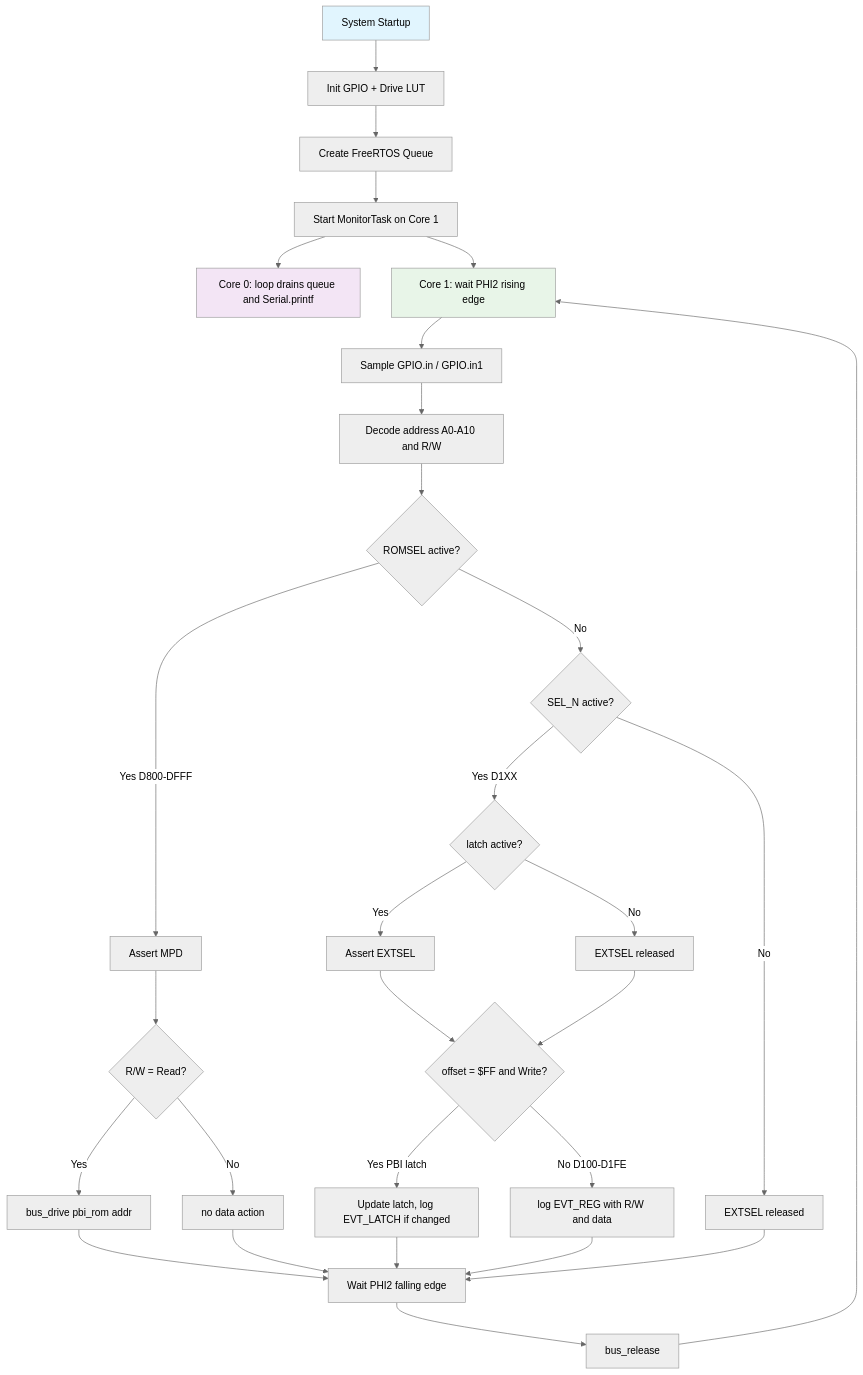
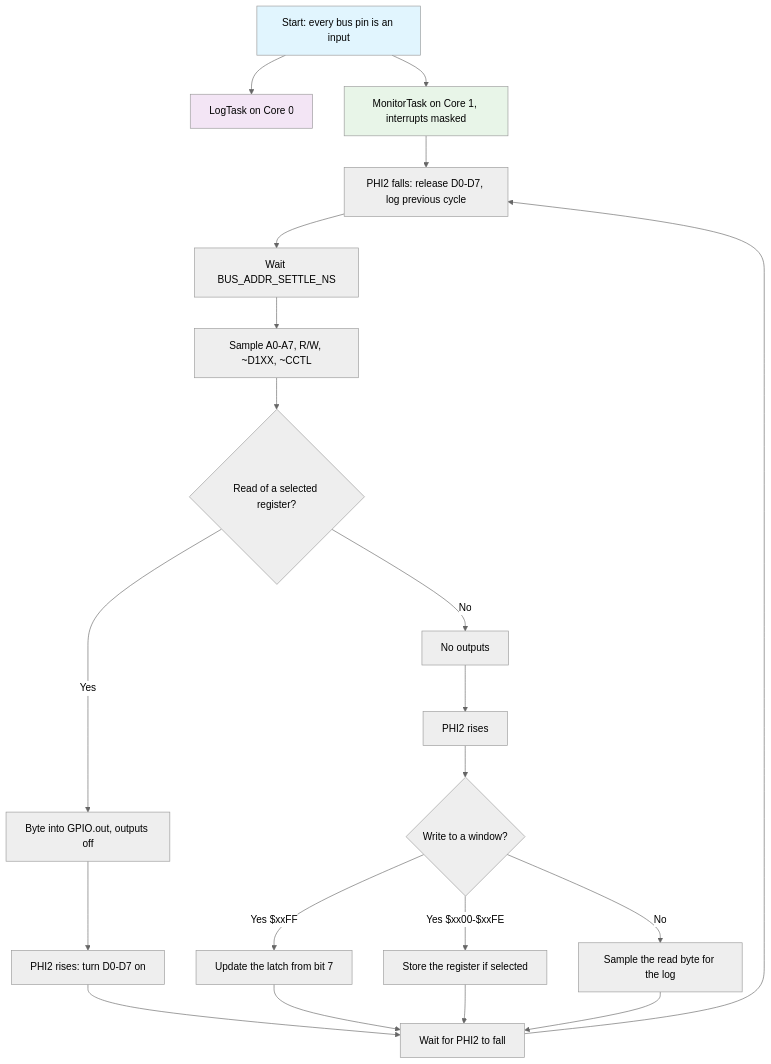
One commit to gianlucarenzi/ESP32-BOBOARD-5V changed the second of 4 diagrams in README_EN.md. Above: the diagram before and after it, drawn with Mermaid (neutral theme). The commit also changed other lines of this file and 2 other files, not shown here.

First line of the commit message:
docs: board README and PIN-MAPPING for the ROM-less 6502_monitor firmware

````diff
--- a/README_EN.md
+++ b/README_EN.md
@@ -331,39 +310,26 @@
 ```mermaid
 flowchart TD
-    A[System Startup] --> B[Init GPIO + Drive LUT]
-    B --> C[Create FreeRTOS Queue]
-    C --> D[Start MonitorTask on Core 1]
-    D --> E[Core 0: loop drains queue and Serial.printf]
-    D --> F[Core 1: wait PHI2 rising edge]
-
-    F --> G[Sample GPIO.in / GPIO.in1]
-    G --> H[Decode address A0-A10 and R/W]
-    H --> I{ROMSEL active?}
-
-    I -->|Yes D800-DFFF| J[Assert MPD]
-    J --> K{R/W = Read?}
-    K -->|Yes| L[bus_drive pbi_rom addr]
-    K -->|No| M[no data action]
-
-    I -->|No| N{SEL_N active?}
-    N -->|Yes D1XX| O{latch active?}
-    O -->|Yes| P[Assert EXTSEL]
-    O -->|No| Q[EXTSEL released]
-    P --> R{offset = $FF and Write?}
-    Q --> R
-    R -->|Yes PBI latch| S[Update latch, log EVT_LATCH if changed]
-    R -->|No D100-D1FE| T[log EVT_REG with R/W and data]
-    N -->|No| U[EXTSEL released]
-
-    L --> V[Wait PHI2 falling edge]
-    M --> V
-    S --> V
-    T --> V
-    U --> V
-    V --> W[bus_release]
-    W --> F
+    A[Start: every bus pin is an input] --> B[LogTask on Core 0]
+    A --> C[MonitorTask on Core 1, interrupts masked]
+    C --> D[PHI2 falls: release D0-D7, log previous cycle]
+    D --> E[Wait BUS_ADDR_SETTLE_NS]
+    E --> F[Sample A0-A7, R/W, ~D1XX, ~CCTL]
+    F --> G{Read of a selected register?}
+    G -->|Yes| H[Byte into GPIO.out, outputs off]
+    G -->|No| I[No outputs]
+    H --> J[PHI2 rises: turn D0-D7 on]
+    I --> K[PHI2 rises]
+    J --> L[Wait for PHI2 to fall]
+    K --> M{Write to a window?}
+    M -->|Yes $xxFF| N[Update the latch from bit 7]
+    M -->|Yes $xx00-$xxFE| O[Store the register if selected]
+    M -->|No| P[Sample the read byte for the log]
+    N --> L
+    O --> L
+    P --> L
+    L --> D
 
     style A fill:#e1f5fe
-    style E fill:#f3e5f5
-    style F fill:#e8f5e8
+    style B fill:#f3e5f5
+    style C fill:#e8f5e8
 ```
````
